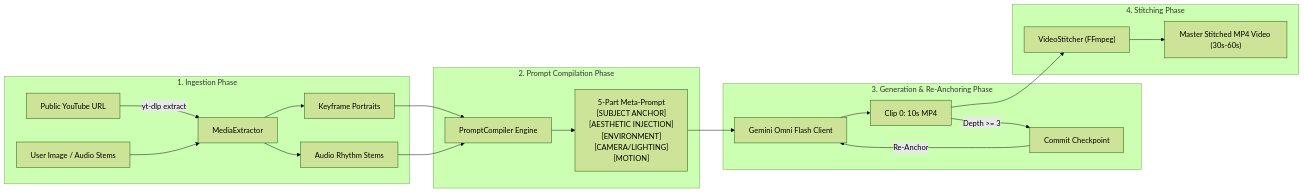
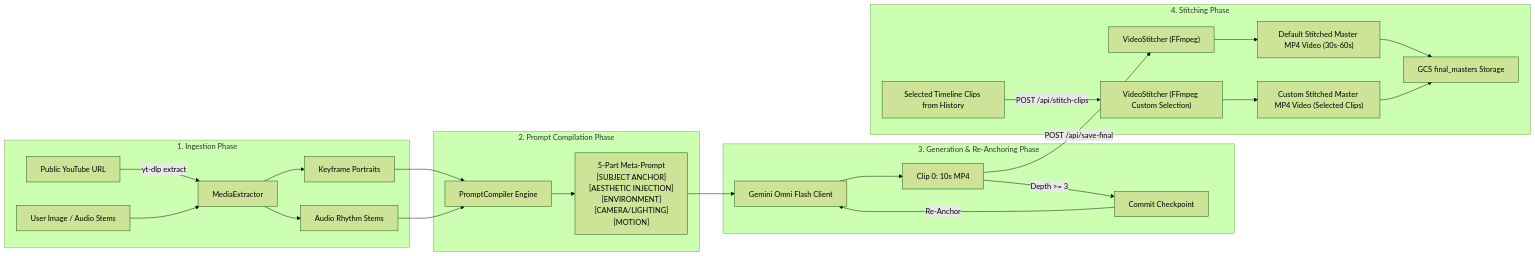
One commit to tottenjordan/omnimash changed the diagram in docs/diagrams/multimodal_ingestion_stitching.md. Above: the diagram before and after it, drawn with Mermaid (forest theme). The commit also changed other lines of this file and 7 other files, not shown here.

Commit message:
docs: update architectural diagrams, API topology, and UI screenshots

````diff
--- a/docs/diagrams/multimodal_ingestion_stitching.md
+++ b/docs/diagrams/multimodal_ingestion_stitching.md
@@ -15,27 +15,31 @@
 ```mermaid
 graph LR
     subgraph IngestionPhase["1. Ingestion Phase"]
         YT["Public YouTube URL"] -->|yt-dlp extract| Extractor["MediaExtractor"]
         Uploads["User Image / Audio Stems"] --> Extractor
         Extractor --> Keyframes["Keyframe Portraits"]
         Extractor --> AudioStem["Audio Rhythm Stems"]
     end
 
     subgraph PromptCompilation["2. Prompt Compilation Phase"]
         Keyframes --> Compiler["PromptCompiler Engine"]
         AudioStem --> Compiler
         Compiler --> FiveParts["5-Part Meta-Prompt<br/>[SUBJECT ANCHOR]<br/>[AESTHETIC INJECTION]<br/>[ENVIRONMENT]<br/>[CAMERA/LIGHTING]<br/>[MOTION]"]
     end
 
     subgraph GenerationReAnchoring["3. Generation & Re-Anchoring Phase"]
         FiveParts --> Omni["Gemini Omni Flash Client"]
         Omni --> Clip0["Clip 0: 10s MP4"]
         Clip0 -->|"Depth >= 3"| Checkpoint["Commit Checkpoint"]
         Checkpoint -->|Re-Anchor| Omni
     end
 
     subgraph StitchingPhase["4. Stitching Phase"]
-        Clip0 --> Stitcher["VideoStitcher (FFmpeg)"]
-        Stitcher --> Master["Master Stitched MP4 Video (30s-60s)"]
+        Clip0 -->|"POST /api/save-final"| Stitcher["VideoStitcher (FFmpeg)"]
+        HistoryClips["Selected Timeline Clips from History"] -->|"POST /api/stitch-clips"| CustomStitcher["VideoStitcher (FFmpeg Custom Selection)"]
+        Stitcher --> Master["Default Stitched Master MP4 Video (30s-60s)"]
+        CustomStitcher --> CustomMaster["Custom Stitched Master MP4 Video (Selected Clips)"]
+        Master --> GCS["GCS final_masters Storage"]
+        CustomMaster --> GCS
     end
 ```
````
